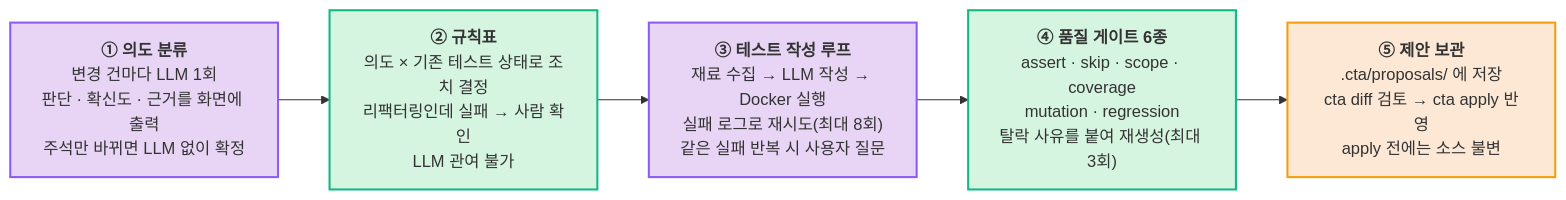
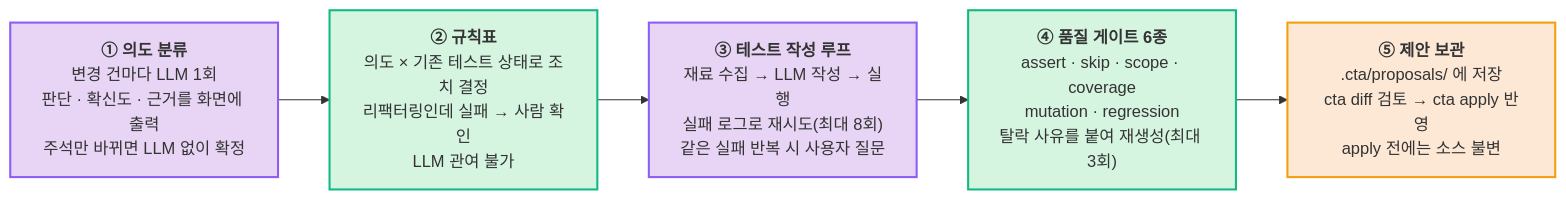
The diagram in docs/제출자료/diagrams/workflow-5steps.mmd (parksanghyeop/skax-master-project), drawn with Mermaid before and after one commit. The commit also changed 21 other files, not shown here.

First line of the commit message:
산출물·E2E 기록 — 로컬 실행 기본 반영, 최종보고에 스킬 절 추가, 다이어그램 7종 재렌더

```diff
--- a/docs/제출자료/diagrams/workflow-5steps.mmd
+++ b/docs/제출자료/diagrams/workflow-5steps.mmd
@@ -1,15 +1,15 @@
 flowchart LR
     S1["<b>① 의도 분류</b><br/>변경 건마다 LLM 1회<br/>판단 · 확신도 · 근거를 화면에 출력<br/>주석만 바뀌면 LLM 없이 확정"]
     S2["<b>② 규칙표</b><br/>의도 × 기존 테스트 상태로 조치 결정<br/>리팩터링인데 실패 → 사람 확인<br/>LLM 관여 불가"]
-    S3["<b>③ 테스트 작성 루프</b><br/>재료 수집 → LLM 작성 → Docker 실행<br/>실패 로그로 재시도(최대 8회)<br/>같은 실패 반복 시 사용자 질문"]
+    S3["<b>③ 테스트 작성 루프</b><br/>재료 수집 → LLM 작성 → 실행<br/>실패 로그로 재시도(최대 8회)<br/>같은 실패 반복 시 사용자 질문"]
     S4["<b>④ 품질 게이트 6종</b><br/>assert · skip · scope · coverage<br/>mutation · regression<br/>탈락 사유를 붙여 재생성(최대 3회)"]
     S5["<b>⑤ 제안 보관</b><br/>.cta/proposals/ 에 저장<br/>cta diff 검토 → cta apply 반영<br/>apply 전에는 소스 불변"]
 
     S1 --> S2 --> S3 --> S4 --> S5
 
     classDef llm fill:#e8d5f5,stroke:#8b5cf6,stroke-width:2px
     classDef safe fill:#d5f5e0,stroke:#10b981,stroke-width:2px
     classDef human fill:#fde8d5,stroke:#f59e0b,stroke-width:2px
     class S1,S3 llm
     class S2,S4 safe
     class S5 human
```
